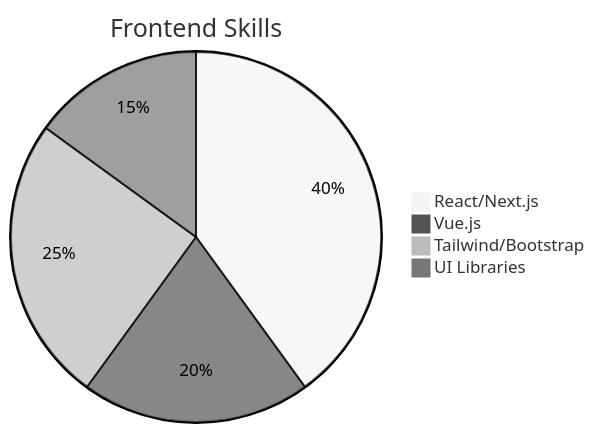
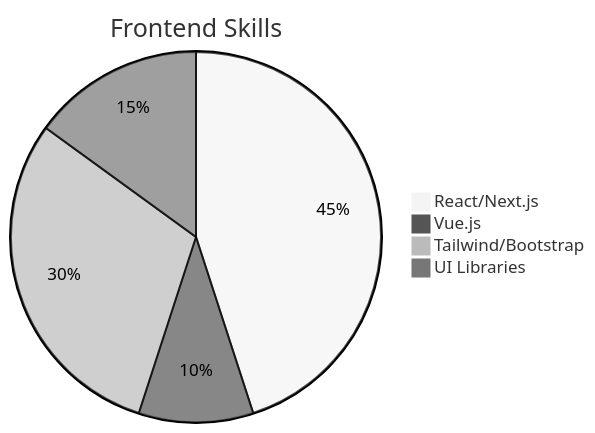
The diagram in README.md (magdy-jacob/magdy-jacob), drawn with Mermaid (neutral theme) before and after one commit. The commit also changed other lines of this file, not shown here.

````diff
--- a/README.md
+++ b/README.md
@@ -71,7 +71,7 @@
 ```mermaid
 pie title Frontend Skills
-    "React/Next.js" : 40
-    "Vue.js" : 20
-    "Tailwind/Bootstrap" : 25
+    "React/Next.js" : 45
+    "Vue.js" : 10
+    "Tailwind/Bootstrap" : 30
     "UI Libraries" : 15
 ```
````
